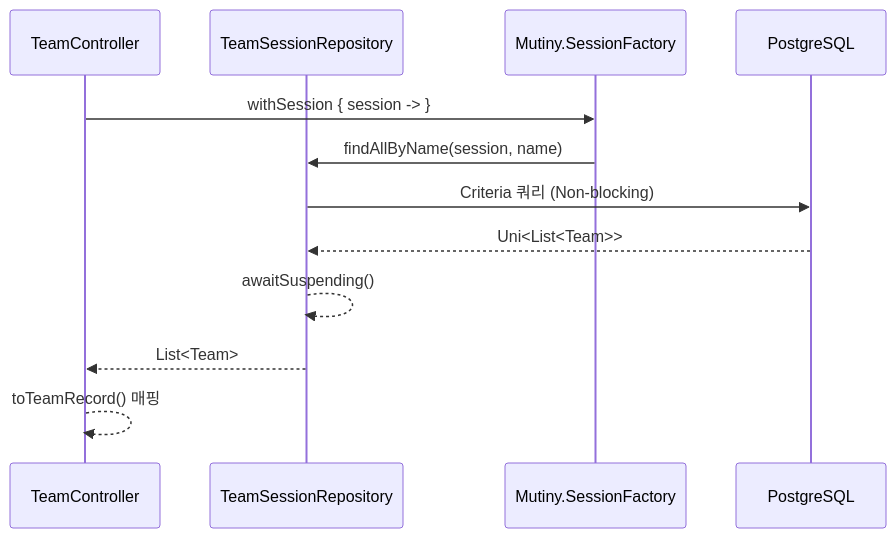
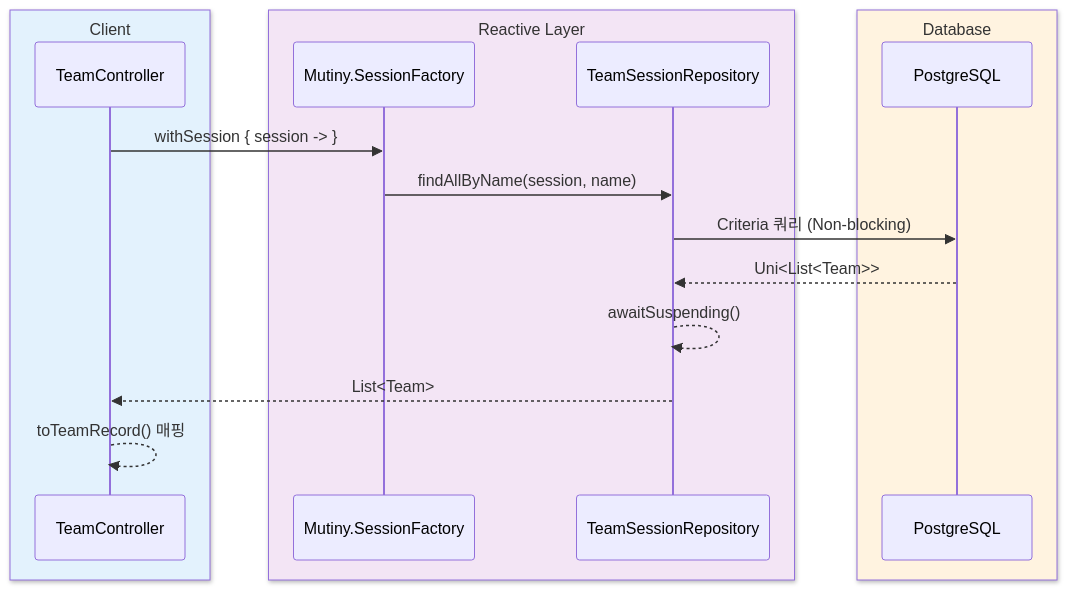
The first of 3 diagrams in 02-alternatives-to-jpa/hibernate-reactive-example/README.ko.md (bluetape4k/exposed-workshop), drawn with Mermaid before and after one commit. The commit also changed 43 other files, not shown here.

First line of the commit message:
docs: sequence diagram에 box rgb() 파스텔 영역 적용

````diff
--- a/02-alternatives-to-jpa/hibernate-reactive-example/README.ko.md
+++ b/02-alternatives-to-jpa/hibernate-reactive-example/README.ko.md
@@ -22,15 +22,21 @@
 ```mermaid
-%%{init: {"theme": "neutral", "themeVariables": {"fontFamily": "'Comic Mono', 'goorm sans code', 'JetBrains Mono', 'goorm sans'", "actorBkg": "#E3F2FD", "actorBorder": "#90CAF9", "actorTextColor": "#1565C0", "actorLineColor": "#90CAF9", "activationBkgColor": "#E8F5E9", "activationBorderColor": "#A5D6A7", "labelBoxBkgColor": "#FFF3E0", "labelBoxBorderColor": "#FFCC80", "labelTextColor": "#E65100", "loopTextColor": "#6A1B9A", "noteBkgColor": "#F3E5F5", "noteBorderColor": "#CE93D8", "noteTextColor": "#6A1B9A", "signalColor": "#1565C0", "signalTextColor": "#1565C0"}}}%%
+%%{init: {"theme": "neutral", "themeVariables": {"fontFamily": "'Comic Mono', 'goorm sans code', 'JetBrains Mono', 'goorm sans'"}}}%%
 sequenceDiagram
-    participant C as TeamController
-    participant R as TeamSessionRepository
-    participant SF as Mutiny.SessionFactory
-    participant DB as PostgreSQL
+    box rgb(227, 242, 253) Client
+        participant C as TeamController
+    end
+    box rgb(243, 229, 245) Reactive Layer
+        participant SF as Mutiny.SessionFactory
+        participant R as TeamSessionRepository
+    end
+    box rgb(255, 243, 224) Database
+        participant DB as PostgreSQL
+    end
     C ->> SF: withSession { session -> }
     SF ->> R: findAllByName(session, name)
     R ->> DB: Criteria 쿼리 (Non-blocking)
     DB -->> R: Uni<List<Team>>
     R -->> R: awaitSuspending()
     R -->> C: List<Team>
     C -->> C: toTeamRecord() 매핑
 ```
````
